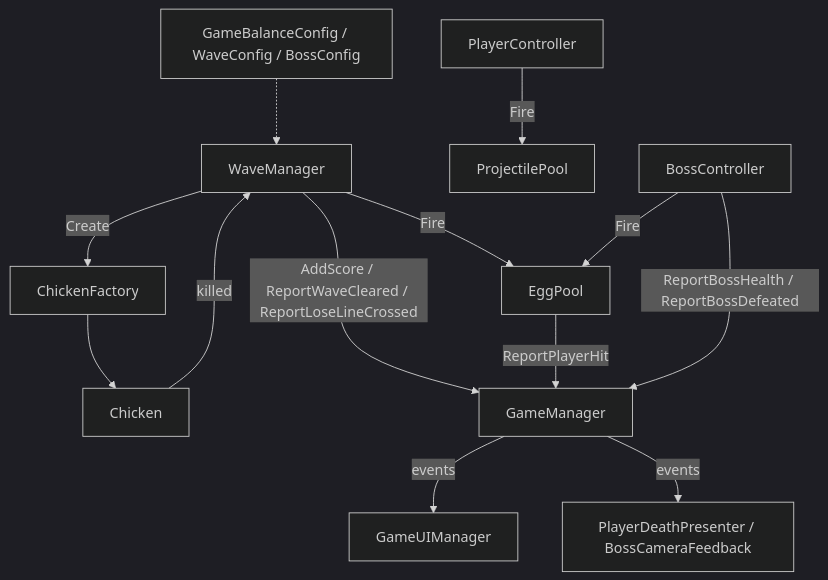
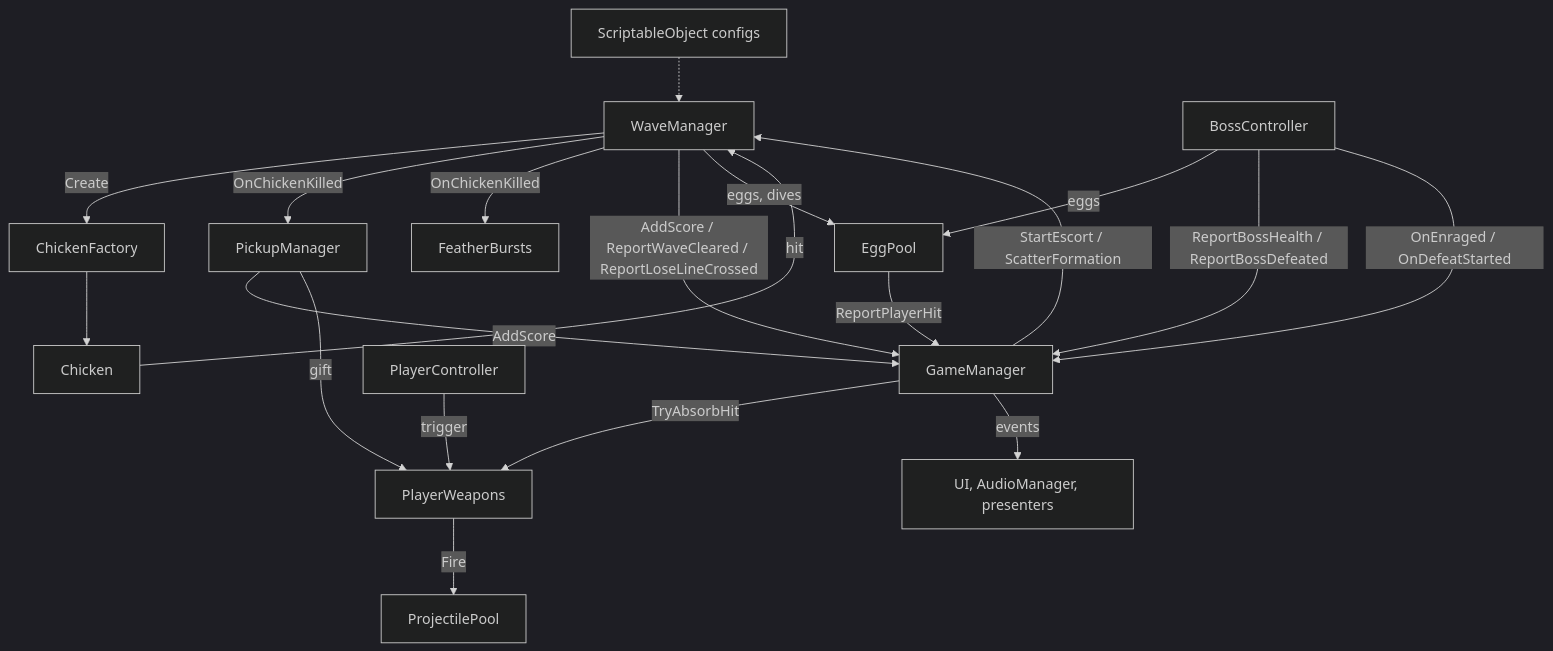
Before and after one commit to elash131/Chicken-Invaders: the second of 2 diagrams in Docs/GDD.md, drawn with Mermaid (dark theme). The commit also changed other lines of this file and 223 other files, not shown here.

````diff
--- a/Docs/GDD.md
+++ b/Docs/GDD.md
@@ -221,15 +220,19 @@
 ```mermaid
 flowchart TD
-    Config[GameBalanceConfig / WaveConfig / BossConfig] -.-> WaveManager
-    WaveManager -->|Create| ChickenFactory
-    ChickenFactory --> Chicken
-    Chicken -->|killed| WaveManager
+    Configs[ScriptableObject configs] -.-> WaveManager
+    WaveManager -->|Create| ChickenFactory --> Chicken
+    Chicken -->|hit| WaveManager
+    WaveManager -->|OnChickenKilled| PickupManager
+    WaveManager -->|OnChickenKilled| FeatherBursts
     WaveManager -->|AddScore / ReportWaveCleared / ReportLoseLineCrossed| GameManager
-    Player[PlayerController] -->|Fire| Bullets[ProjectilePool]
-    WaveManager -->|Fire| Eggs[EggPool]
-    Boss[BossController] -->|Fire| Eggs
+    Player[PlayerController] -->|trigger| Weapons[PlayerWeapons] -->|Fire| Bullets[ProjectilePool]
+    WaveManager -->|eggs, dives| Eggs[EggPool]
+    Boss[BossController] -->|eggs| Eggs
     Eggs -->|ReportPlayerHit| GameManager
+    GameManager -->|TryAbsorbHit| Weapons
+    PickupManager -->|AddScore| GameManager
+    PickupManager -->|gift| Weapons
     Boss -->|ReportBossHealth / ReportBossDefeated| GameManager
-    GameManager -->|events| UI[GameUIManager]
-    GameManager -->|events| Presenters[PlayerDeathPresenter / BossCameraFeedback]
+    Boss -->|OnEnraged / OnDefeatStarted| GameManager -->|StartEscort / ScatterFormation| WaveManager
+    GameManager -->|events| Listeners[UI, AudioManager, presenters]
 ```
````
